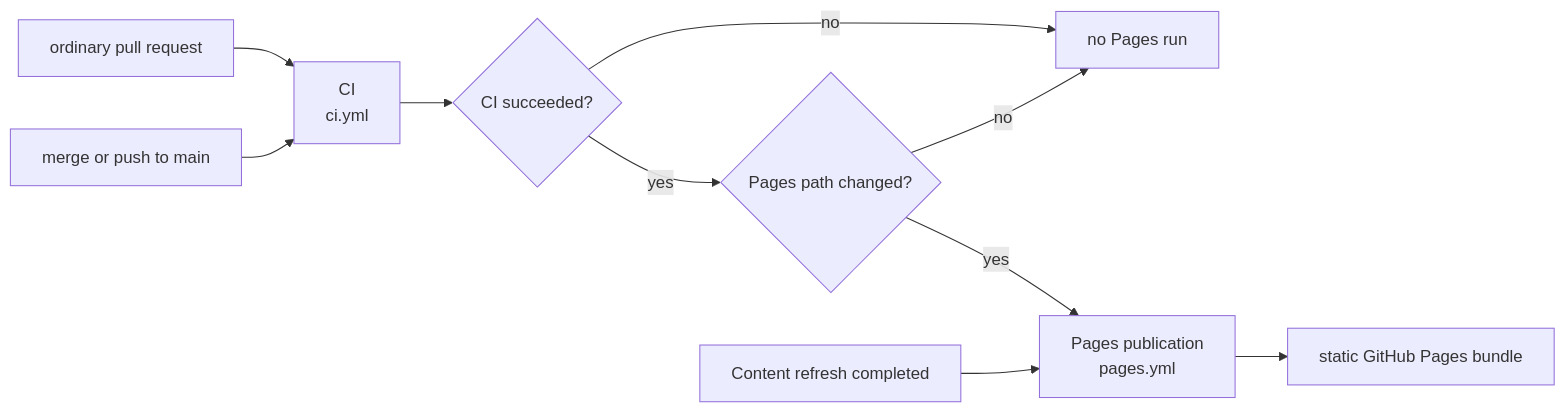
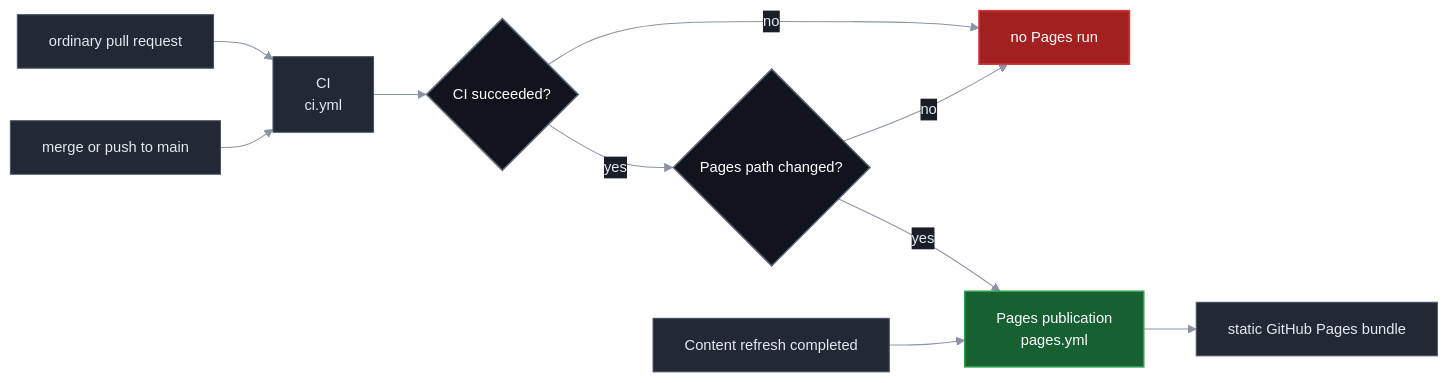
One commit to miztiik/yen-idhazh changed the first of 4 diagrams in docs/reference/github-actions.md. Above: the diagram before and after it, drawn with Mermaid. The commit also changed other lines of this file and 18 other files, not shown here.

First line of the commit message:
Name a candidate by its models file, and give every diagram a house style (#725)

````diff
--- a/docs/reference/github-actions.md
+++ b/docs/reference/github-actions.md
@@ -114,12 +114,23 @@
 ```mermaid
+%%{init: {"theme": "base", "themeVariables": {"background": "#0f1117", "primaryColor": "#222834", "primaryTextColor": "#e6e9f0", "primaryBorderColor": "#4b5468", "lineColor": "#8b93a7", "textColor": "#e6e9f0", "clusterBkg": "#1a1e27", "clusterBorder": "#3a4254", "titleColor": "#e6e9f0", "edgeLabelBackground": "#1a1e27", "fontSize": "14px"}}}%%
 flowchart LR
  PR["ordinary pull request"] --> CI["CI<br/>ci.yml"]
  PUSH["merge or push to main"] --> CI
  CI --> VERDICT{"CI succeeded?"}
  VERDICT -->|"no"| NO_PAGES["no Pages run"]
  VERDICT -->|"yes"| FILTER{"Pages path changed?"}
  FILTER -->|"yes"| PAGES["Pages publication<br/>pages.yml"]
  FILTER -->|"no"| NO_PAGES
  REFRESH_DONE["Content refresh completed"] --> PAGES
  PAGES --> STATIC["static GitHub Pages bundle"]
+
+ classDef stage fill:#222834,stroke:#4b5468,stroke-width:1px,color:#e6e9f0;
+ classDef decision fill:#11141c,stroke:#5b6477,stroke-width:1.5px,color:#ffffff;
+ classDef yes fill:#176032,stroke:#2ea04f,stroke-width:1.5px,color:#ffffff;
+ classDef no fill:#a32020,stroke:#d23b3b,stroke-width:1.5px,color:#ffffff;
+
+ class PR,PUSH,CI,REFRESH_DONE,STATIC stage;
+ class VERDICT,FILTER decision;
+ class PAGES yes;
+ class NO_PAGES no;
 ```
````
